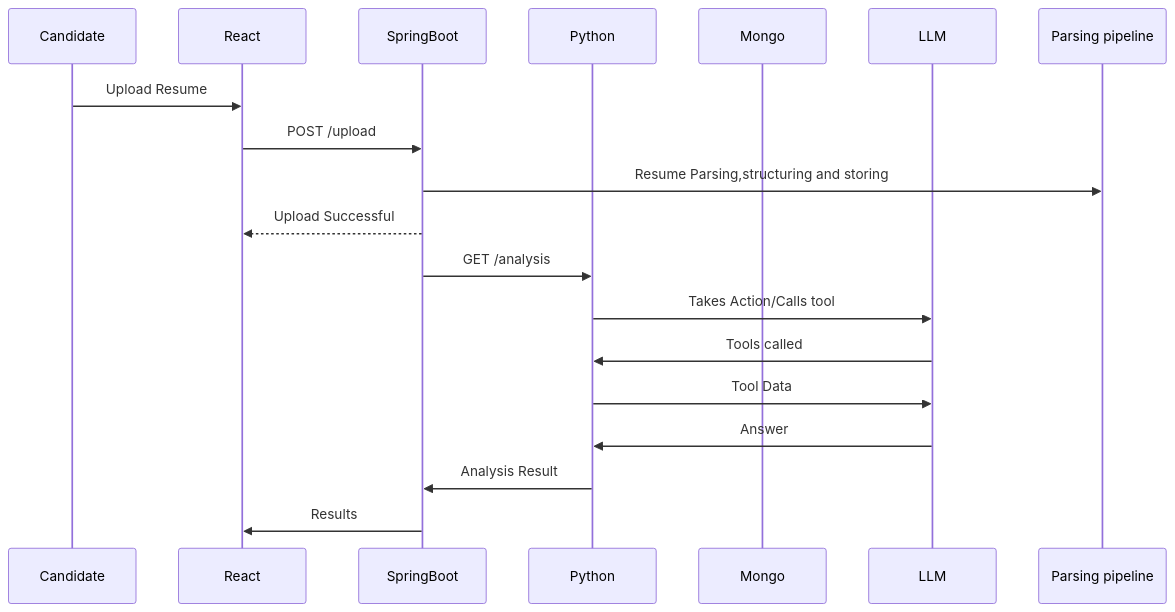
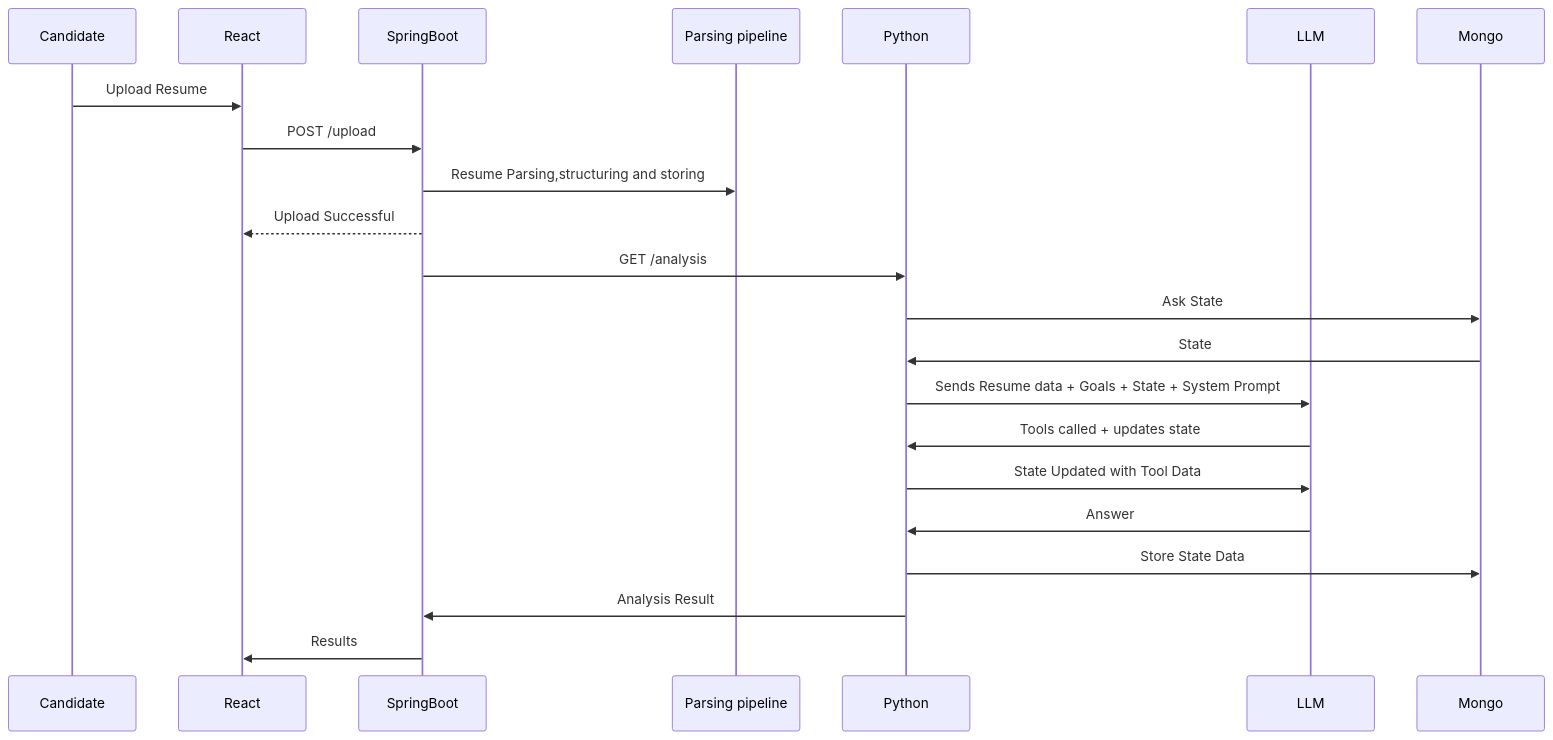
The seventh of 7 diagrams in README.md (Rishu2905/candidate-ai-portal), drawn with Mermaid before and after one commit. The commit also changed other lines of this file, not shown here.

Commit message:
Readme Updated

````diff
--- a/README.md
+++ b/README.md
@@ -193,37 +204,39 @@
 ```mermaid
 sequenceDiagram
 
     participant Candidate
 
     participant React
 
     participant SpringBoot
+    participant Parsing pipeline
 
     participant Python
-
+    participant LLM
     participant Mongo
-    participant LLM
-    participant Parsing pipeline
+    
 
     Candidate->>React: Upload Resume
 
     React->>SpringBoot: POST /upload
 
     SpringBoot->>Parsing pipeline: Resume Parsing,structuring and storing
 
     SpringBoot-->>React: Upload Successful
 
     SpringBoot->>Python: GET /analysis
 
-    Python->>LLM: Takes Action/Calls tool
+    Python->> Mongo: Ask State
+    Mongo->> Python: State
+    Python->>LLM: Sends Resume data + Goals + State + System Prompt
+    LLM->>Python: Tools called + updates state
 
-    LLM->>Python: Tools called
-
-    Python->>LLM: Tool Data
+    Python->>LLM: State Updated with Tool Data
 
     LLM->>Python: Answer
+    Python->>Mongo : Store State Data
 
     Python->>SpringBoot: Analysis Result
 
     SpringBoot->>React: Results
 ```
````
